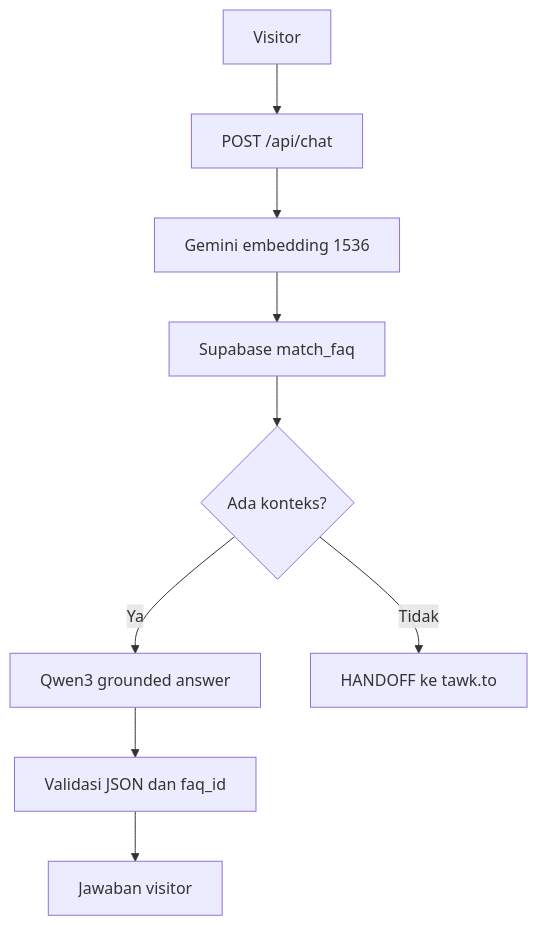
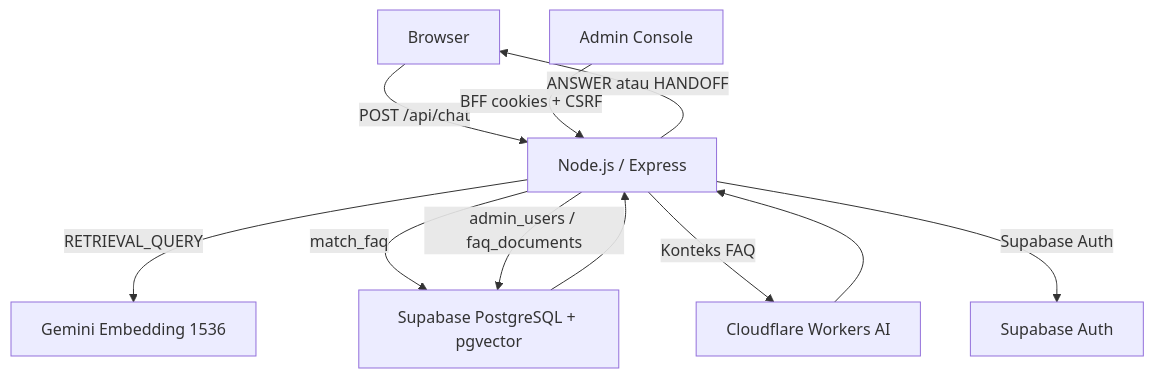
One commit to irfanapriansyah27/campus-faq-chatbot changed the diagram in docs/ARCHITECTURE.md. Above: the diagram before and after it, drawn with Mermaid. The commit also changed other lines of this file and 5 other files, not shown here.

````diff
--- a/docs/ARCHITECTURE.md
+++ b/docs/ARCHITECTURE.md
@@ -5,11 +5,13 @@
 ```mermaid
 flowchart TD
-    A["Visitor"] --> B["POST /api/chat"]
-    B --> C["Gemini embedding 1536"]
-    C --> D["Supabase match_faq"]
-    D --> E{"Ada konteks?"}
-    E -- Ya --> F["Qwen3 grounded answer"]
-    F --> G["Validasi JSON dan faq_id"]
-    G --> H["Jawaban visitor"]
-    E -- Tidak --> I["HANDOFF ke tawk.to"]
+    B["Browser"] -->|"POST /api/chat"| N["Node.js / Express"]
+    N -->|"RETRIEVAL_QUERY"| G["Gemini Embedding 1536"]
+    N -->|"match_faq"| S["Supabase PostgreSQL + pgvector"]
+    S --> N
+    N -->|"Konteks FAQ"| C["Cloudflare Workers AI"]
+    C --> N
+    N -->|"ANSWER atau HANDOFF"| B
+    A["Admin Console"] -->|"BFF cookies + CSRF"| N
+    N -->|"Supabase Auth"| AU["Supabase Auth"]
+    N -->|"admin_users / faq_documents"| S
 ```
````
